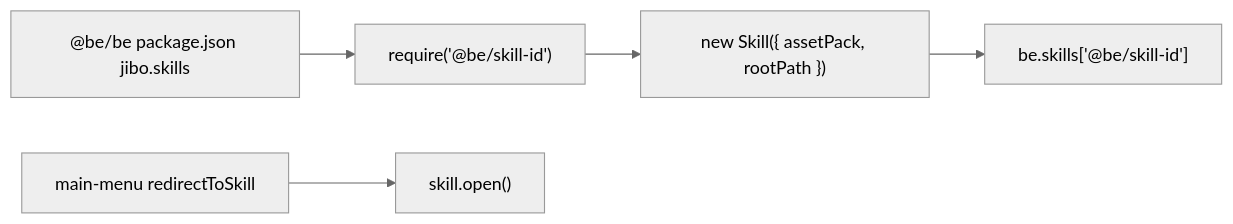
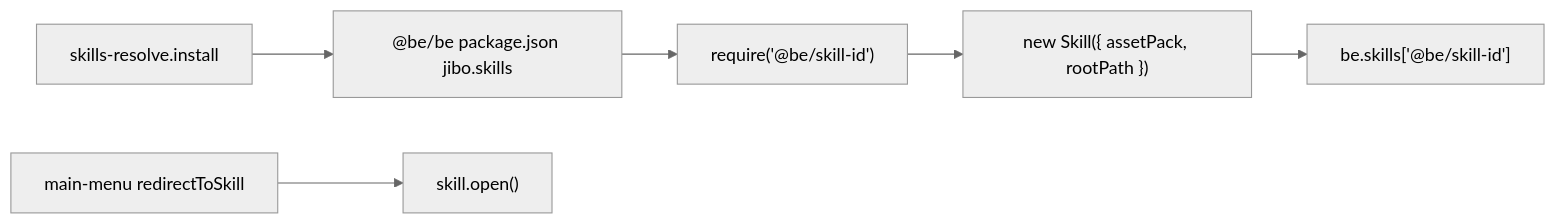
The diagram in docs/architecture.md (Jibo-Revival-Group/BEam), drawn with Mermaid (neutral theme) before and after one commit. The commit also changed other lines of this file and 24 other files, not shown here.

````diff
--- a/docs/architecture.md
+++ b/docs/architecture.md
@@ -9,12 +9,13 @@
 ```mermaid
 flowchart LR
+  Install["skills-resolve.install"]
   BePackage["@be/be package.json jibo.skills"]
   Require["require('@be/skill-id')"]
   Construct["new Skill({ assetPack, rootPath })"]
   Registry["be.skills['@be/skill-id']"]
   Menu["main-menu redirectToSkill"]
   Open["skill.open()"]
 
-  BePackage --> Require --> Construct --> Registry
+  Install --> BePackage --> Require --> Construct --> Registry
   Menu --> Open
 ```
````
